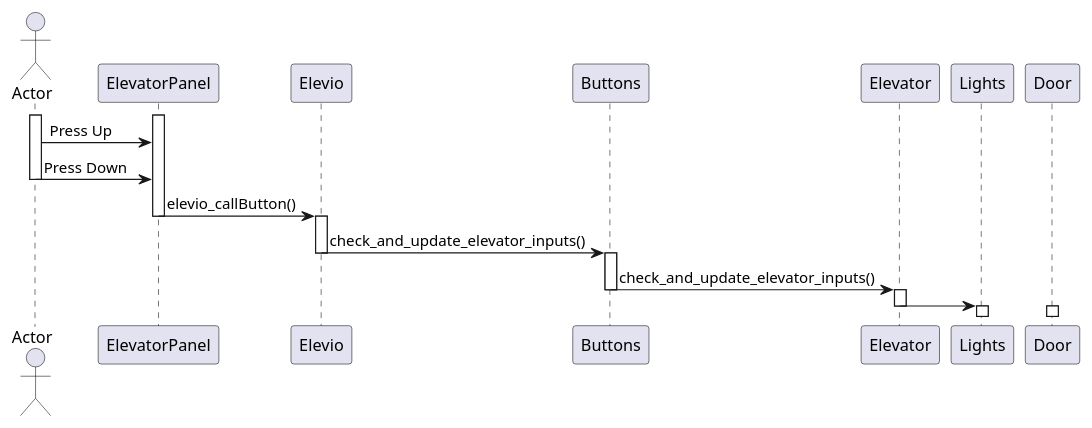
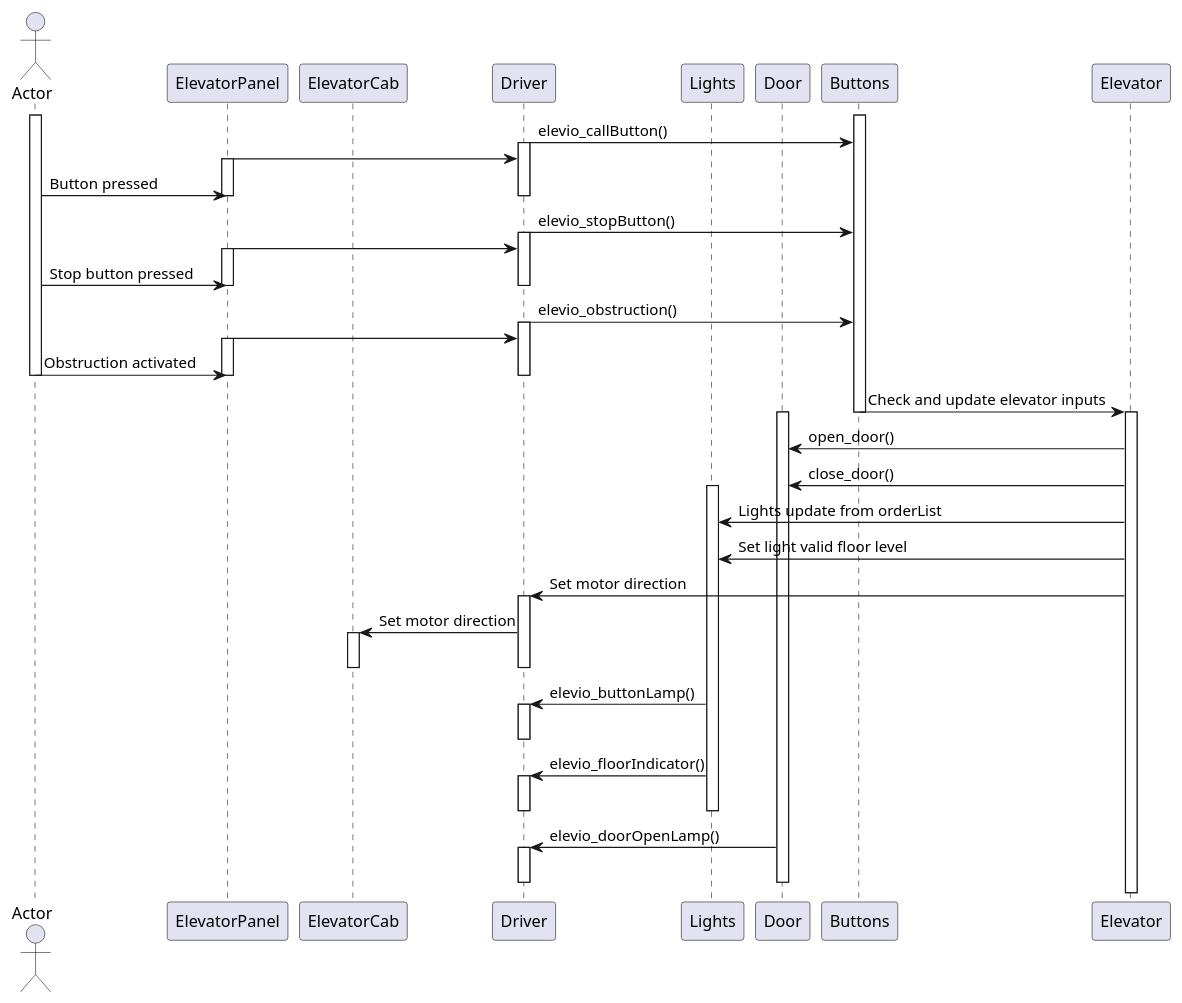
Before and after one commit to SondreM-S/Tilpassede-Datasystemer: the diagram in skeleton_project/UML/sequenceDiagram.puml, drawn with PlantUML. The commit also changed 3 other files, not shown here.

Commit message:
Made UML diagrams

```diff
--- a/skeleton_project/UML/sequenceDiagram.puml
+++ b/skeleton_project/UML/sequenceDiagram.puml
@@ -5,38 +5,70 @@
 @startuml
 actor       Actor       as Actor
 participant ElevatorPanel    as ElevatorPanel
-participant Elevio      as Elevio
+participant ElevatorCab as ElevatorCab
+participant Driver      as Driver
+participant Lights      as Lights
+participant Door        as Door
 participant Buttons     as Buttons
 participant Elevator    as Elevator
-participant Lights      as Lights
-participant Door        as Door
 
-activate ElevatorPanel
+
 activate Actor
-Actor -> ElevatorPanel : Press Up
-Actor -> ElevatorPanel : Press Down
+activate Buttons
+Driver          -> Buttons : elevio_callButton()
+activate Driver
+    ElevatorPanel   -> Driver
+    activate ElevatorPanel
+        Actor           -> ElevatorPanel : Button pressed
+    deactivate ElevatorPanel
+deactivate Driver
+Driver          -> Buttons : elevio_stopButton()
+activate Driver
+    ElevatorPanel   -> Driver
+    activate ElevatorPanel
+        Actor           -> ElevatorPanel : Stop button pressed
+    deactivate ElevatorPanel
+deactivate Driver
+Driver          -> Buttons : elevio_obstruction()
+activate Driver
+    ElevatorPanel   -> Driver
+    activate ElevatorPanel
+        Actor           -> ElevatorPanel : Obstruction activated
+    deactivate ElevatorPanel
+deactivate Driver
 deactivate Actor
 
-ElevatorPanel -> Elevio : elevio_callButton()
-deactivate ElevatorPanel
-
-activate Elevio
-Elevio -> Buttons : check_and_update_elevator_inputs()
-deactivate Elevio
-
-activate Buttons
-Buttons -> Elevator : check_and_update_elevator_inputs()
+Buttons         -> Elevator : Check and update elevator inputs
 deactivate Buttons
 
+activate Door
 activate Elevator
-Elevator -> Lights :
-deactivate Elevator
+Elevator        -> Door : open_door()
+Elevator        -> Door : close_door()
+activate Lights
+Elevator        -> Lights : Lights update from orderList
+Elevator        -> Lights : Set light valid floor level
 
-activate Lights
+Elevator        -> Driver : Set motor direction
+    activate Driver
+    Driver      -> ElevatorCab : Set motor direction
+        activate ElevatorCab
+        deactivate ElevatorCab
+    deactivate Driver
+    deactivate Driver
+
+Lights          -> Driver : elevio_buttonLamp()
+activate Driver
+deactivate Driver
+Lights          -> Driver : elevio_floorIndicator()
+activate Driver
+deactivate Driver
 deactivate Lights
 
-activate Door
+Door            -> Driver : elevio_doorOpenLamp()
+activate Driver
+deactivate Driver
 deactivate Door
 
 
 @enduml
```
